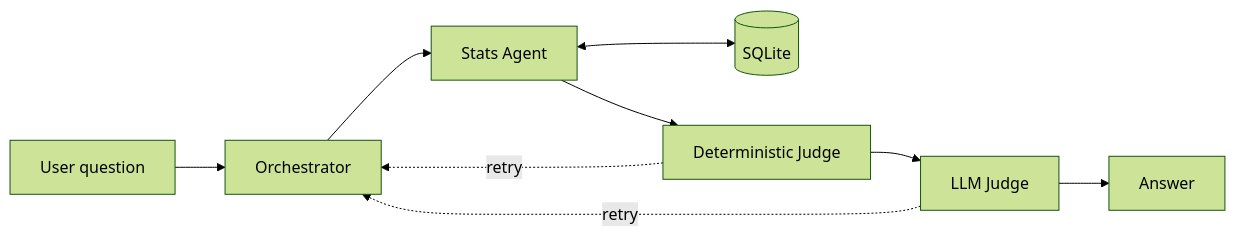
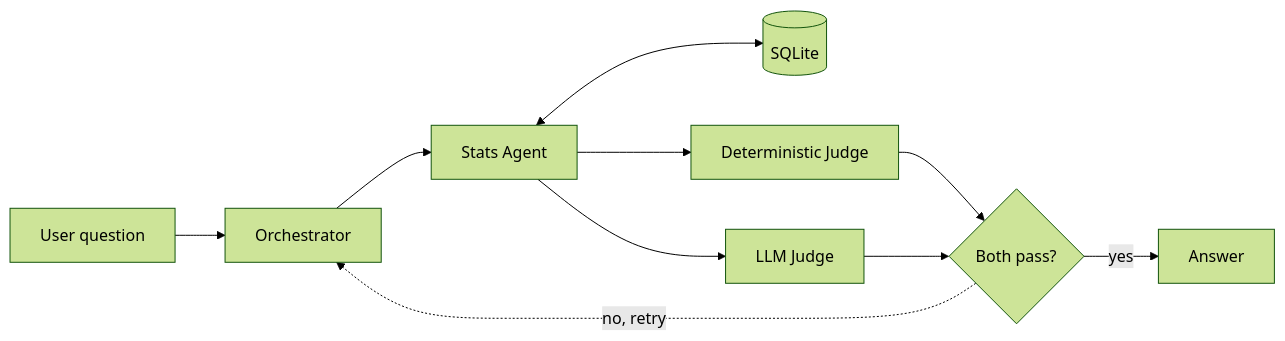
Before and after one commit to Jade-ok/AI-Football-Scout: the diagram in README.md, drawn with Mermaid (forest theme). The commit also changed other lines of this file, not shown here.

````diff
--- a/README.md
+++ b/README.md
@@ -29,11 +29,12 @@
 ```mermaid
 flowchart LR
     U[User question] --> O[Orchestrator]
     O --> S[Stats Agent]
     S <--> DB[(SQLite)]
     S --> D[Deterministic Judge]
-    D --> L[LLM Judge]
-    L --> A[Answer]
-    D -. retry .-> O
-    L -. retry .-> O
+    S --> L[LLM Judge]
+    D --> C{Both pass?}
+    L --> C
+    C -- yes --> A[Answer]
+    C -. no, retry .-> O
 ```
````
